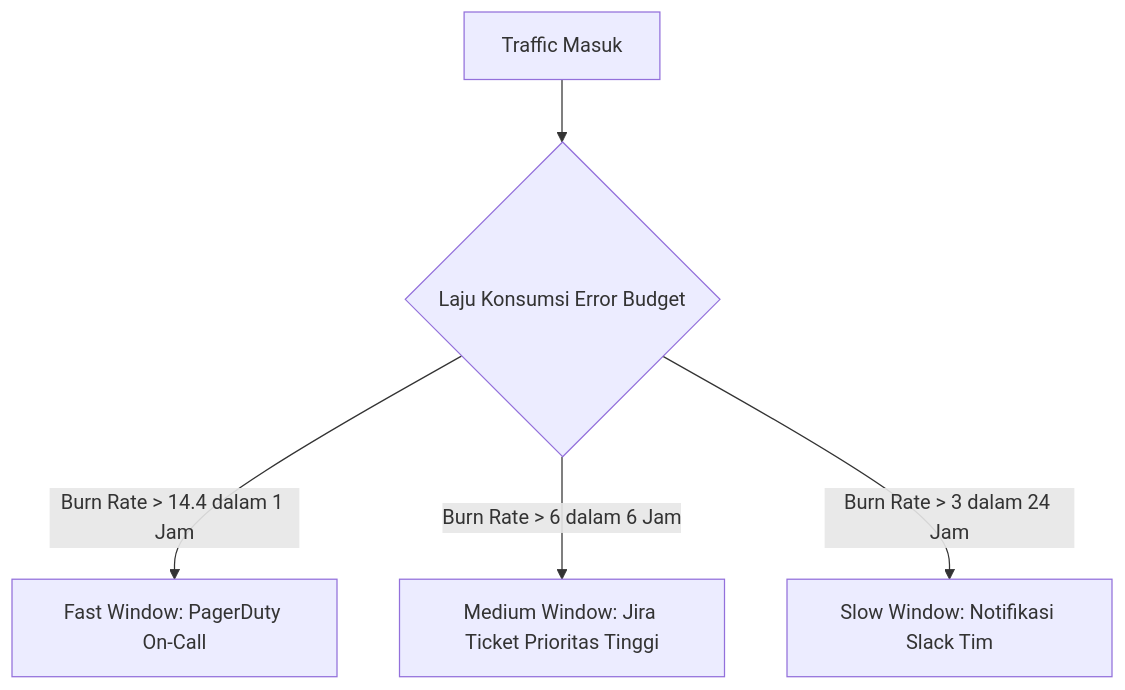
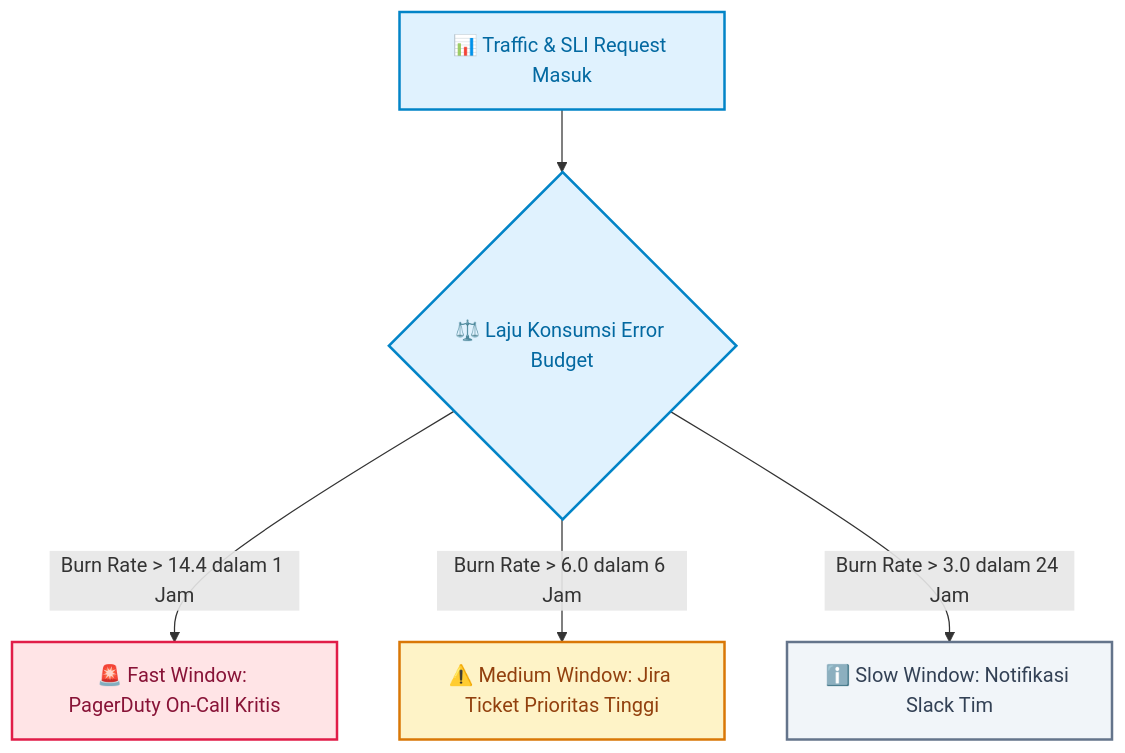
One commit to abdul-zailani/abdul-zailani.github.io changed the diagram in _posts/2026-08-28-error-budget-in-production.md. Above: the diagram before and after it, drawn with Mermaid. The commit also changed 12 other files, not shown here.

Commit message:
feat(diagrams): upgrade to mermaid v11 hand-drawn excalidraw style with macos window cards

````diff
--- a/_posts/2026-08-28-error-budget-in-production.md
+++ b/_posts/2026-08-28-error-budget-in-production.md
@@ -92,7 +92,17 @@
 ```mermaid
 graph TD
-    A[Traffic Masuk] --> B{Laju Konsumsi Error Budget}
-    B -->|Burn Rate > 14.4 dalam 1 Jam| C[Fast Window: PagerDuty On-Call]
-    B -->|Burn Rate > 6 dalam 6 Jam| D[Medium Window: Jira Ticket Prioritas Tinggi]
-    B -->|Burn Rate > 3 dalam 24 Jam| E[Slow Window: Notifikasi Slack Tim]
+    A[📊 Traffic & SLI Request Masuk] --> B{⚖️ Laju Konsumsi Error Budget}
+    B -->|Burn Rate > 14.4 dalam 1 Jam| C[🚨 Fast Window: PagerDuty On-Call Kritis]
+    B -->|Burn Rate > 6.0 dalam 6 Jam| D[⚠️ Medium Window: Jira Ticket Prioritas Tinggi]
+    B -->|Burn Rate > 3.0 dalam 24 Jam| E[ℹ️ Slow Window: Notifikasi Slack Tim]
+
+    classDef primary fill:#E0F2FE,stroke:#0284C7,stroke-width:2px,color:#0369A1;
+    classDef error fill:#FFE4E6,stroke:#E11D48,stroke-width:2px,color:#881337;
+    classDef warning fill:#FEF3C7,stroke:#D97706,stroke-width:2px,color:#92400E;
+    classDef info fill:#F1F5F9,stroke:#64748B,stroke-width:2px,color:#334155;
+
+    class A,B primary;
+    class C error;
+    class D warning;
+    class E info;
 ```
````
